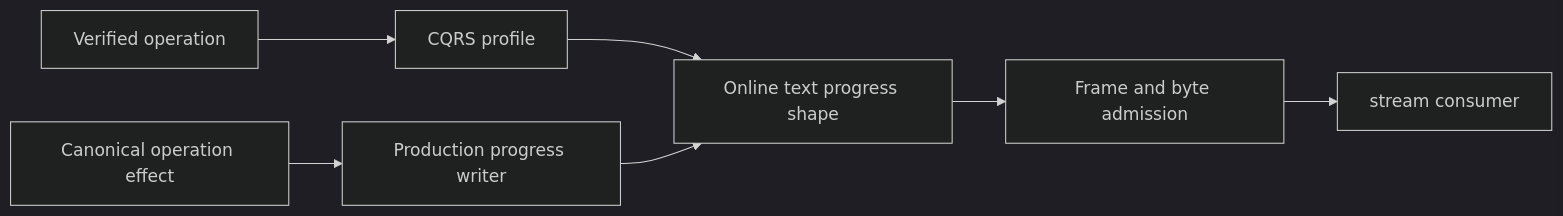
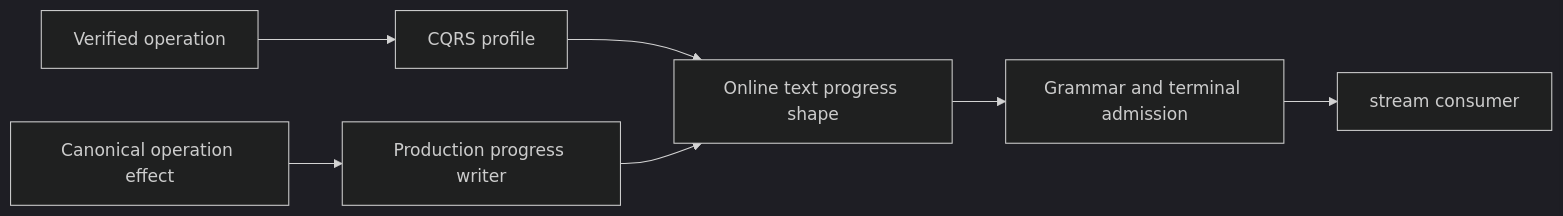
Before and after one commit to managedcode/KeyLoad: the diagram in docs/Features/OrleansExecution/RuntimeOnlineTextProgress.md, drawn with Mermaid (dark theme). The commit also changed other lines of this file and 673 other files, not shown here.

````diff
--- a/docs/Features/OrleansExecution/RuntimeOnlineTextProgress.md
+++ b/docs/Features/OrleansExecution/RuntimeOnlineTextProgress.md
@@ -20,9 +20,9 @@
 ```mermaid
 flowchart LR
   Verified[Verified operation] --> Profile[CQRS profile]
   Profile --> Shape[Online text progress shape]
-  Shape --> Bounds[Frame and byte admission]
+  Shape --> Bounds[Grammar and terminal admission]
   Bounds --> Caller[stream consumer]
   Effect[Canonical operation effect] --> Writer[Production progress writer]
   Writer --> Shape
 ```
````
